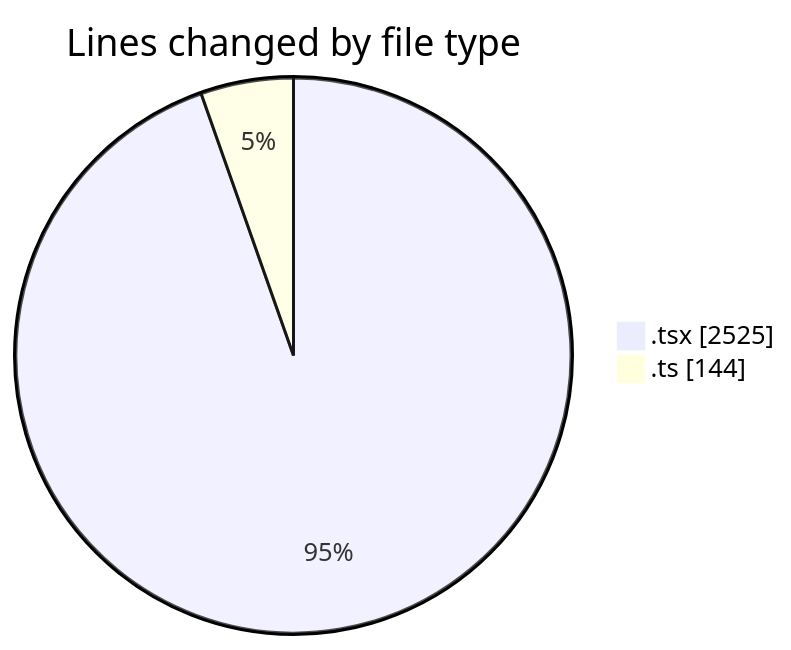
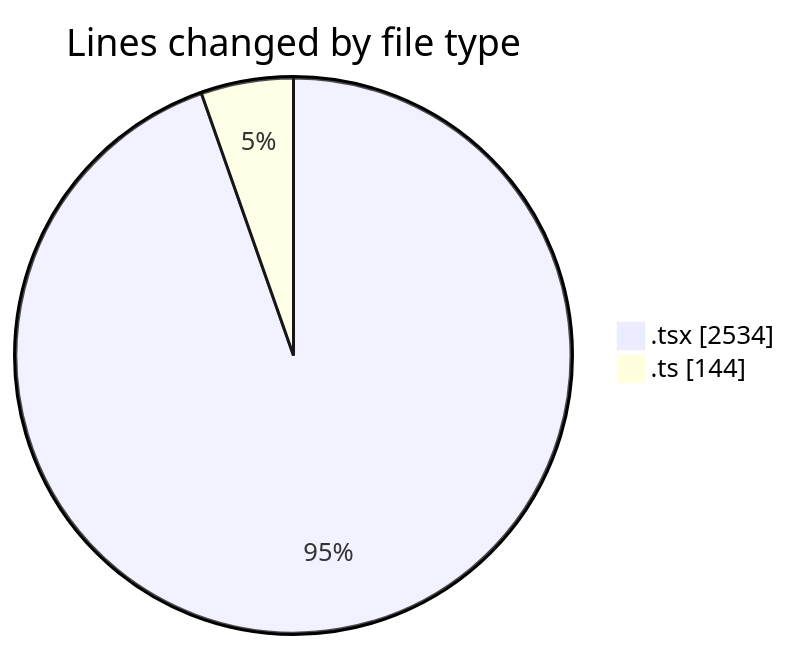
The first of 2 diagrams in 2025-09-23/cda/README.md (momahboobian/code-tracking), drawn with Mermaid before and after one commit. The commit also changed other lines of this file and 1 other file, not shown here.

````diff
--- a/2025-09-23/cda/README.md
+++ b/2025-09-23/cda/README.md
@@ -24,6 +24,6 @@
 ```mermaid
 pie showData
 title Lines changed by file type
-".tsx" : 2525
+".tsx" : 2534
 ".ts" : 144
 ```
````
